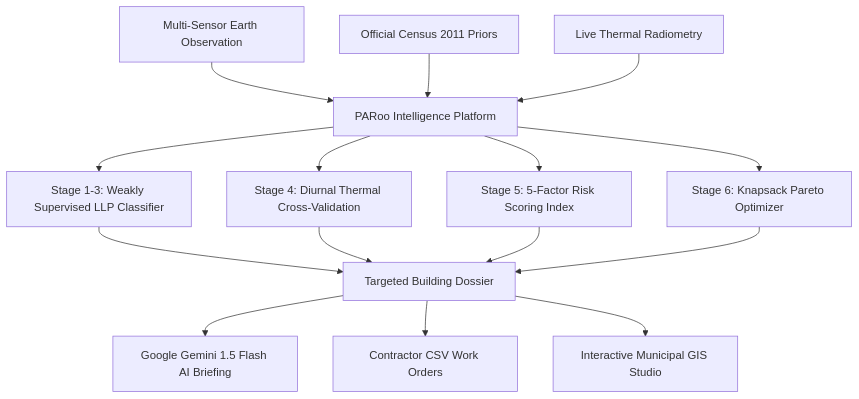
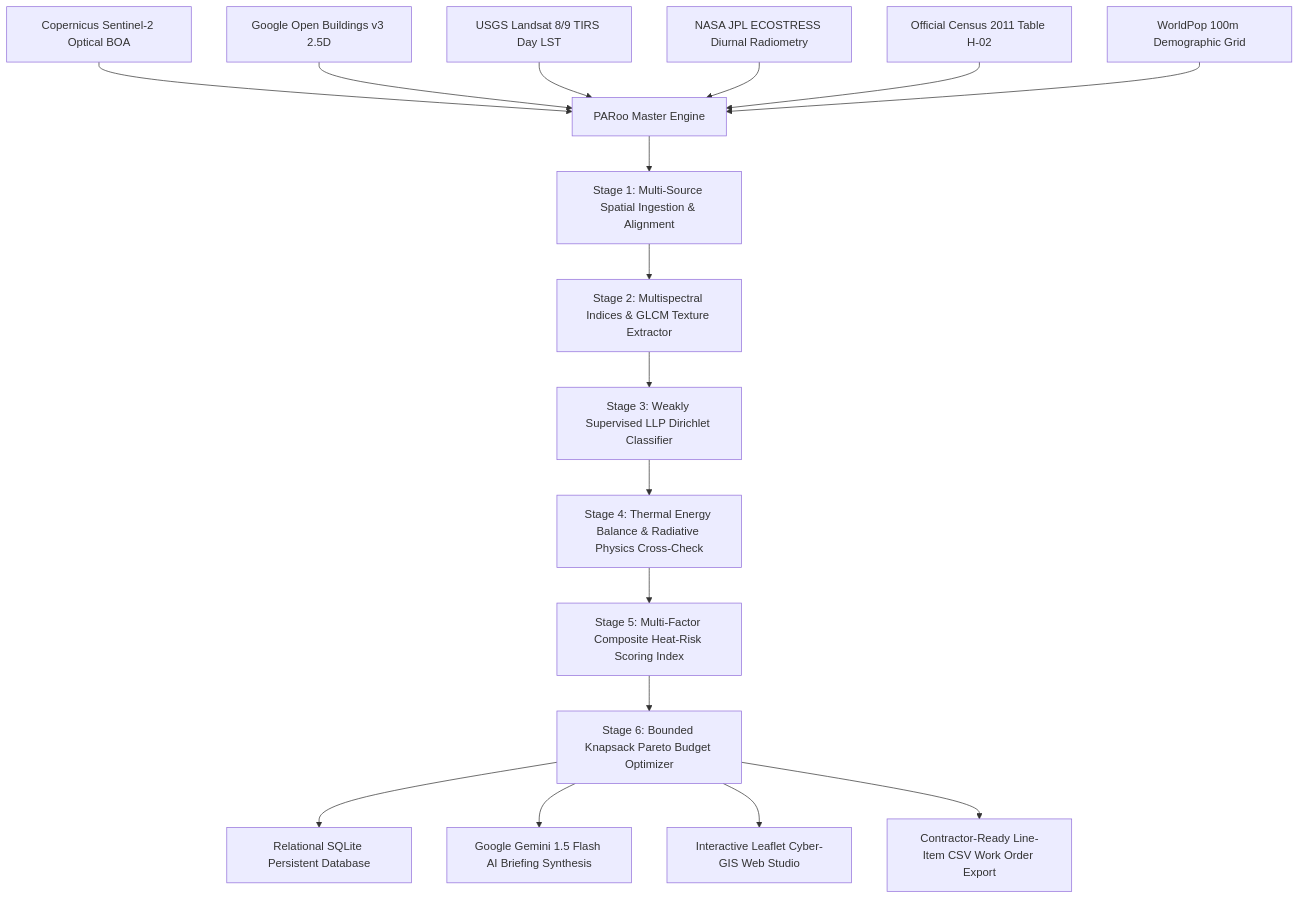
Before and after one commit to i8o8i-Developer/Paroo-Cool-Roof-Engine: the first of 2 diagrams in PARoo_Comprehensive_Master_Dossier.md, drawn with Mermaid. The commit also changed other lines of this file, not shown here.

Commit message:
Expand Master Technical Dossier with LLM Integration, Leaflet GIS Engine, Mathematical Derivations, and Pitch Deck

````diff
--- a/PARoo_Comprehensive_Master_Dossier.md
+++ b/PARoo_Comprehensive_Master_Dossier.md
@@ -69,20 +75,21 @@
 ```mermaid
 graph TD
-    A[Multi-Sensor Earth Observation] --> B[PARoo Intelligence Platform]
-    C[Official Census 2011 Priors] --> B
-    D[Live Thermal Radiometry] --> B
+    A[Copernicus Sentinel-2 Optical BOA] --> E[PARoo Master Engine]
+    B[Google Open Buildings v3 2.5D] --> E
+    C[USGS Landsat 8/9 TIRS Day LST] --> E
+    D[NASA JPL ECOSTRESS Diurnal Radiometry] --> E
+    F[Official Census 2011 Table H-02] --> E
+    G[WorldPop 100m Demographic Grid] --> E
     
-    B --> E[Stage 1-3: Weakly Supervised LLP Classifier]
-    B --> F[Stage 4: Diurnal Thermal Cross-Validation]
-    B --> G[Stage 5: 5-Factor Risk Scoring Index]
-    B --> H[Stage 6: Knapsack Pareto Optimizer]
+    E --> H[Stage 1: Multi-Source Spatial Ingestion & Alignment]
+    H --> I[Stage 2: Multispectral Indices & GLCM Texture Extractor]
+    I --> J[Stage 3: Weakly Supervised LLP Dirichlet Classifier]
+    J --> K[Stage 4: Thermal Energy Balance & Radiative Physics Cross-Check]
+    K --> L[Stage 5: Multi-Factor Composite Heat-Risk Scoring Index]
+    L --> M[Stage 6: Bounded Knapsack Pareto Budget Optimizer]
     
-    E --> I[Targeted Building Dossier]
-    F --> I
-    G --> I
-    H --> I
-    
-    I --> J[Google Gemini 1.5 Flash AI Briefing]
-    I --> K[Contractor CSV Work Orders]
-    I --> L[Interactive Municipal GIS Studio]
+    M --> N[Relational SQLite Persistent Database]
+    M --> O[Google Gemini 1.5 Flash AI Briefing Synthesis]
+    M --> P[Interactive Leaflet Cyber-GIS Web Studio]
+    M --> Q[Contractor-Ready Line-Item CSV Work Order Export]
 ```
````
